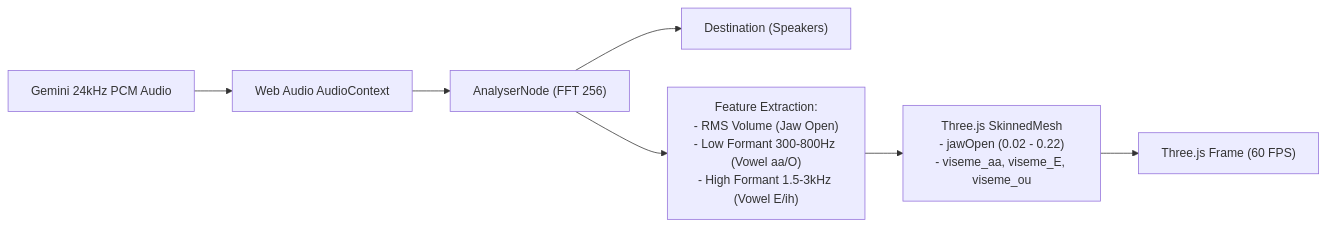
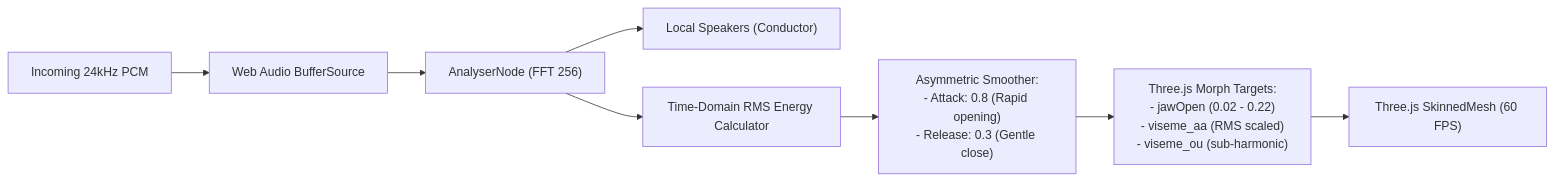
The third of 4 diagrams in docs/architecture/gemini-live-integration-plan.md (shreyas0b0acharya/IntelliClass-AI-Gemini-Live), drawn with Mermaid before and after one commit. The commit also changed other lines of this file and 1 other file, not shown here.

Commit message:
docs: revise Gemini Live architecture plan with LiveKit SFU media transport and verified protocols

````diff
--- a/docs/architecture/gemini-live-integration-plan.md
+++ b/docs/architecture/gemini-live-integration-plan.md
@@ -696,14 +822,15 @@
 ```mermaid
 flowchart LR
-    LivePCM["Gemini 24kHz PCM Audio"] --> WebAudio["Web Audio AudioContext"]
+    LiveAudio["Incoming 24kHz PCM"] --> WebAudio["Web Audio BufferSource"]
     WebAudio --> Analyser["AnalyserNode (FFT 256)"]
-    Analyser --> OutputSpeaker["Destination (Speakers)"]
-    Analyser --> FeatureExtraction["Feature Extraction:
-- RMS Volume (Jaw Open)
-- Low Formant 300-800Hz (Vowel aa/O)
-- High Formant 1.5-3kHz (Vowel E/ih)"]
-    FeatureExtraction --> MorphTargets["Three.js SkinnedMesh
+    Analyser --> Speakers["Local Speakers (Conductor)"]
+    Analyser --> RMS["Time-Domain RMS Energy Calculator"]
+    RMS --> Smooth["Asymmetric Smoother:
+- Attack: 0.8 (Rapid opening)
+- Release: 0.3 (Gentle close)"]
+    Smooth --> Morph["Three.js Morph Targets:
 - jawOpen (0.02 - 0.22)
-- viseme_aa, viseme_E, viseme_ou"]
-    MorphTargets --> Render["Three.js Frame (60 FPS)"]
+- viseme_aa (RMS scaled)
+- viseme_ou (sub-harmonic)"]
+    Morph --> Render["Three.js SkinnedMesh (60 FPS)"]
 ```
````
